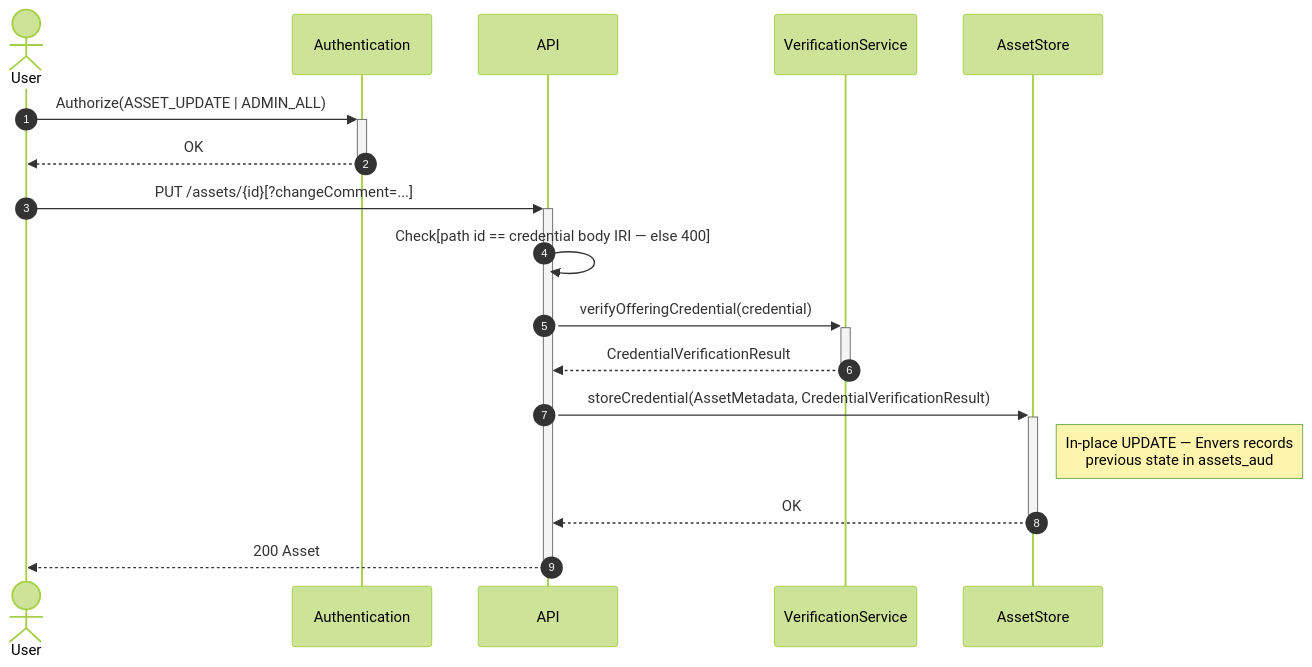
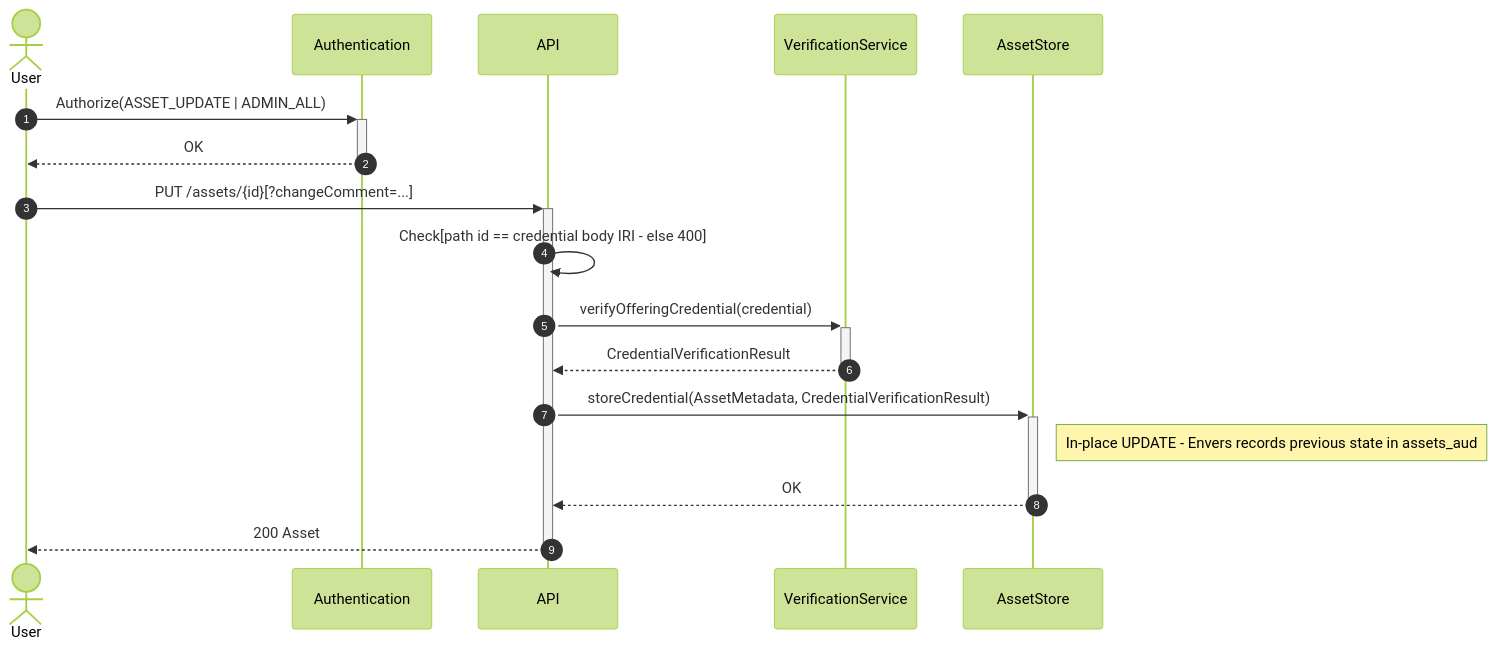
Diagram 19 of 44 in federated-catalogue/src/docs/architecture/chapters/06_runtime_view.adoc (stevenschwenke/federated-catalogue-docs), drawn with Mermaid (forest theme) before and after one commit. The commit also changed other lines of this file and 8 other files, not shown here.

Commit message:
Add Mermaid CLI for displaying Mermaid diagrams in documentation

```diff
--- a/federated-catalogue/src/docs/architecture/chapters/06_runtime_view.adoc
+++ b/federated-catalogue/src/docs/architecture/chapters/06_runtime_view.adoc
@@ -675,20 +675,20 @@
 [mermaid, width=2000]
 ....
 sequenceDiagram
     autonumber
     actor User
     participant Auth as Authentication
     participant API
     participant VerificationService
     participant AssetStore as AssetStore
     User ->> + Auth:Authorize(ASSET_UPDATE | ADMIN_ALL)
     Auth -->> - User:OK
     User ->> + API:PUT /assets/{id}[?changeComment=...]
-    API ->> API:Check[path id == credential body IRI — else 400]
+    API ->> API:Check[path id == credential body IRI - else 400]
     API ->> + VerificationService:verifyOfferingCredential(credential)
     VerificationService -->> - API:CredentialVerificationResult
     API ->> + AssetStore:storeCredential(AssetMetadata, CredentialVerificationResult)
-    Note right of AssetStore: In-place UPDATE — Envers records<br/>previous state in assets_aud
+    Note right of AssetStore: In-place UPDATE - Envers records previous state in assets_aud
     AssetStore -->> - API:OK
     API -->> - User:200 Asset
 ....
```
